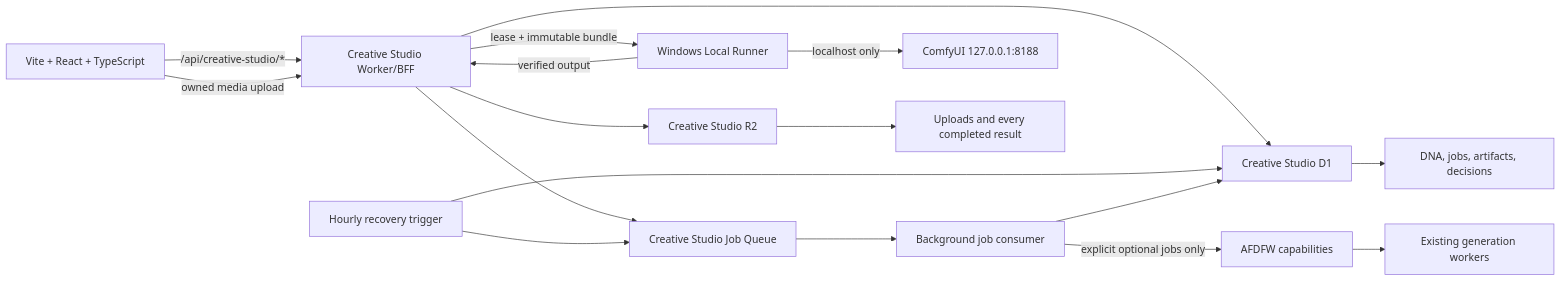
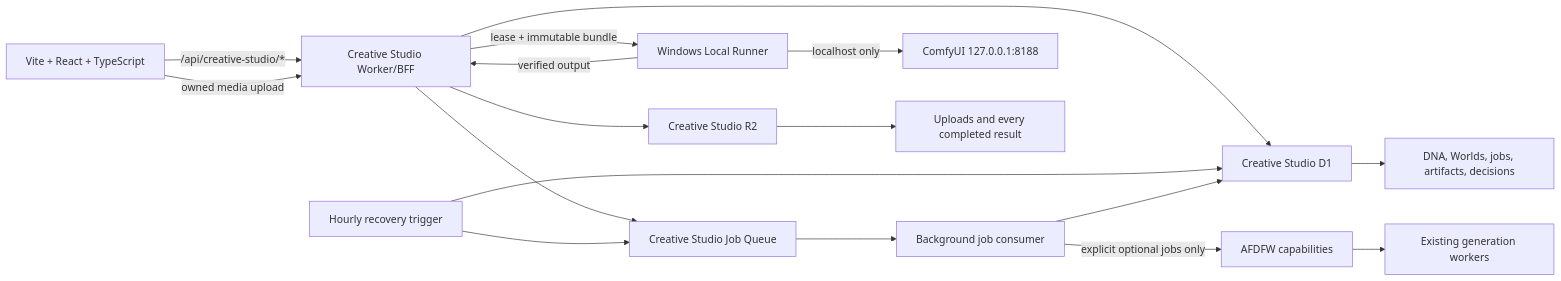
One commit to AngeloTobo/Creative-Studio changed the diagram in docs/ARCHITECTURE.md. Above: the diagram before and after it, drawn with Mermaid. The commit also changed other lines of this file and 33 other files, not shown here.

````diff
--- a/docs/ARCHITECTURE.md
+++ b/docs/ARCHITECTURE.md
@@ -5,19 +5,19 @@
 ```mermaid
 flowchart LR
   UI["Vite + React + TypeScript"] -->|"/api/creative-studio/*"| BFF["Creative Studio Worker/BFF"]
   BFF --> D1["Creative Studio D1"]
   BFF --> Q["Creative Studio Job Queue"]
   CRON["Hourly recovery trigger"] --> D1
   CRON --> Q
   Q --> WORKER["Background job consumer"]
   WORKER --> D1
   BFF --> R2["Creative Studio R2"]
   UI -->|"owned media upload"| BFF
   WORKER -->|"explicit optional jobs only"| AF["AFDFW capabilities"]
   AF --> GEN["Existing generation workers"]
   BFF -->|"lease + immutable bundle"| LR["Windows Local Runner"]
   LR -->|"localhost only"| COMFY["ComfyUI 127.0.0.1:8188"]
   LR -->|"verified output"| BFF
-  D1 --> HIST["DNA, jobs, artifacts, decisions"]
+  D1 --> HIST["DNA, Worlds, jobs, artifacts, decisions"]
   R2 --> MEDIA["Uploads and every completed result"]
 ```
````
